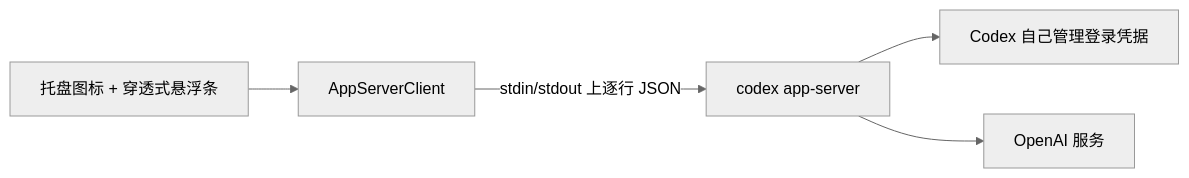
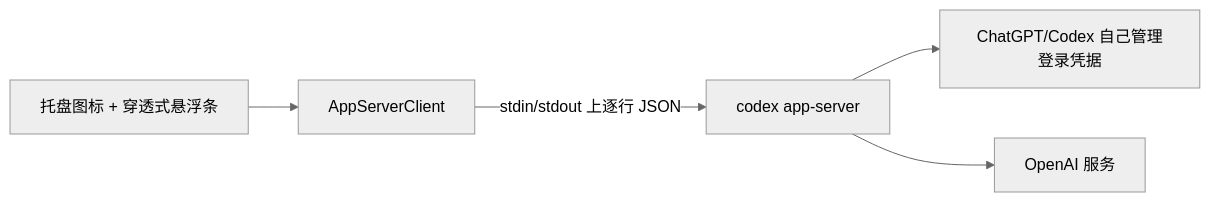
The diagram in README.zh-CN.md (D1NOOO/codex-usage-monitor), drawn with Mermaid (neutral theme) before and after one commit. The commit also changed other lines of this file and 6 other files, not shown here.

Commit message:
Adapt monitor for ChatGPT desktop

````diff
--- a/README.zh-CN.md
+++ b/README.zh-CN.md
@@ -74,7 +93,7 @@
 ```mermaid
 flowchart LR
     UI["托盘图标 + 穿透式悬浮条"] --> Client["AppServerClient"]
     Client -->|"stdin/stdout 上逐行 JSON"| Server["codex app-server"]
-    Server --> Auth["Codex 自己管理登录凭据"]
+    Server --> Auth["ChatGPT/Codex 自己管理登录凭据"]
     Server --> API["OpenAI 服务"]
 ```
````
